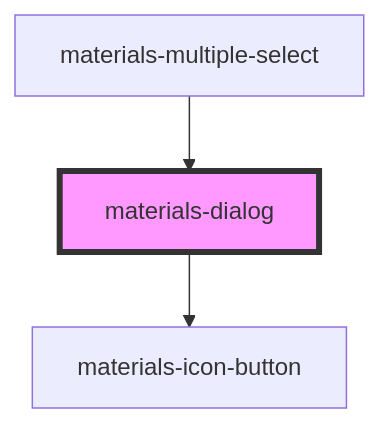
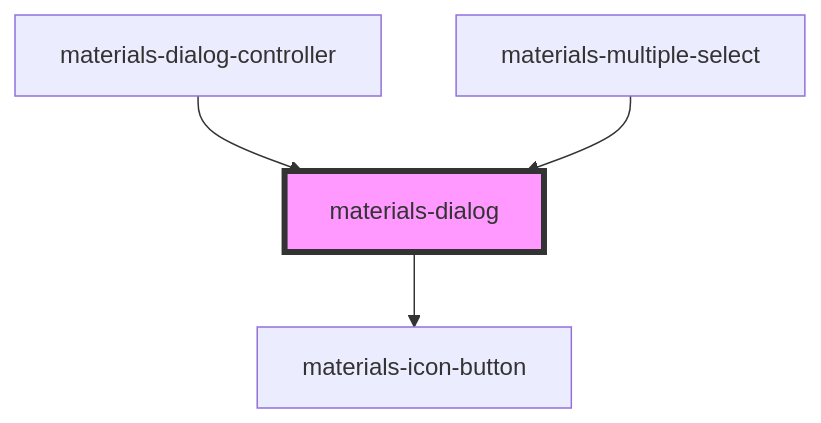
The diagram in packages/materials/src/components/dialog/readme.md (GMV-centravet/materials-elements), drawn with Mermaid before and after one commit. The commit also changed other lines of this file and 12 other files, not shown here.

First line of the commit message:
feature: add dialog controller (#28)

````diff
--- a/packages/materials/src/components/dialog/readme.md
+++ b/packages/materials/src/components/dialog/readme.md
@@ -95,6 +99,7 @@
 ```mermaid
 graph TD;
   materials-dialog --> materials-icon-button
+  materials-dialog-controller --> materials-dialog
   materials-multiple-select --> materials-dialog
   style materials-dialog fill:#f9f,stroke:#333,stroke-width:4px
 ```
````
